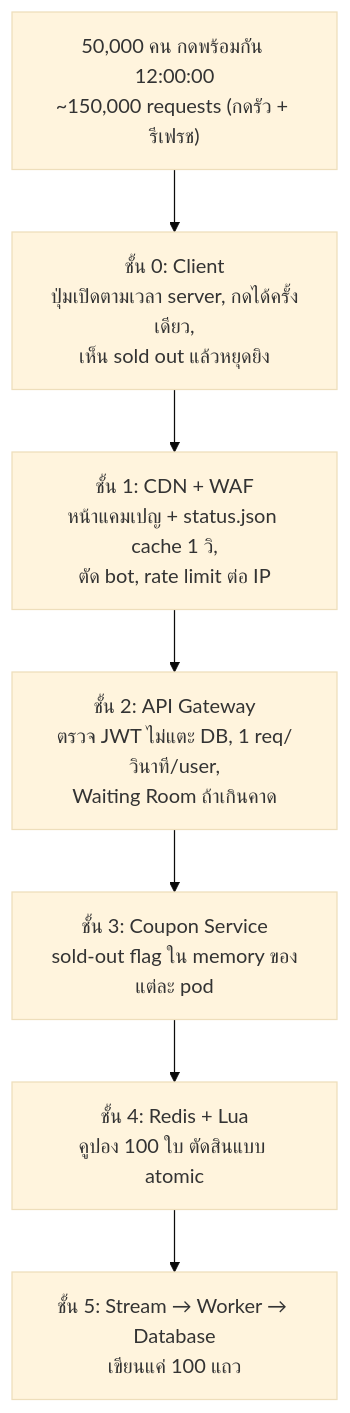
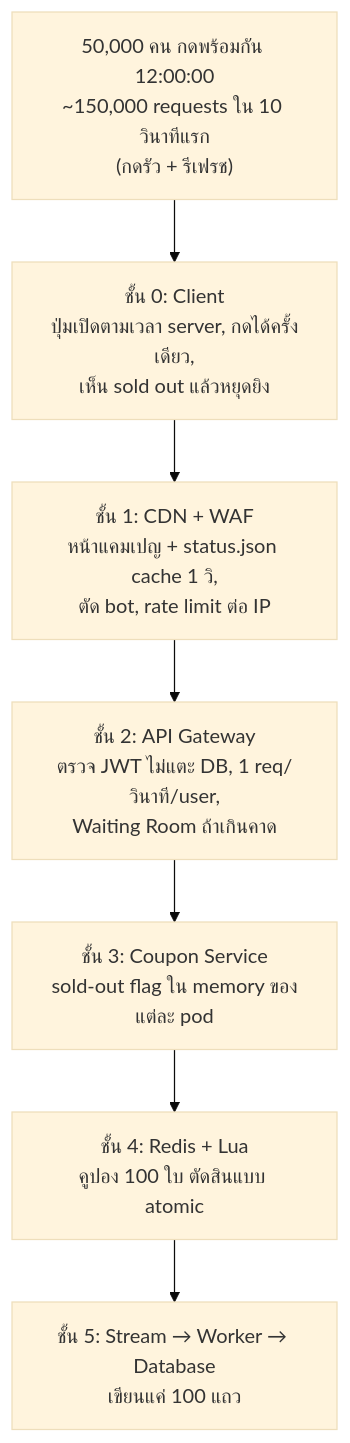
Before and after one commit to SittikronPoti/persec2026-system-analyst-interview-sittikron-poti: the first of 3 diagrams in 03-coupon-100-no-overbooking/answer.md, drawn with Mermaid (base theme). The commit also changed 4 other files, not shown here.

````diff
--- a/03-coupon-100-no-overbooking/answer.md
+++ b/03-coupon-100-no-overbooking/answer.md
@@ -28,10 +28,10 @@
 ```mermaid
 flowchart TB
-    A["50,000 คน กดพร้อมกัน 12:00:00<br/>~150,000 requests (กดรัว + รีเฟรช)"] --> L0
+    A["50,000 คน กดพร้อมกัน 12:00:00<br/>~150,000 requests ใน 10 วินาทีแรก<br/>(กดรัว + รีเฟรช)"] --> L0
     L0["ชั้น 0: Client<br/>ปุ่มเปิดตามเวลา server, กดได้ครั้งเดียว,<br/>เห็น sold out แล้วหยุดยิง"] --> L1
     L1["ชั้น 1: CDN + WAF<br/>หน้าแคมเปญ + status.json cache 1 วิ,<br/>ตัด bot, rate limit ต่อ IP"] --> L2
     L2["ชั้น 2: API Gateway<br/>ตรวจ JWT ไม่แตะ DB, 1 req/วินาที/user,<br/>Waiting Room ถ้าเกินคาด"] --> L3
     L3["ชั้น 3: Coupon Service<br/>sold-out flag ใน memory ของแต่ละ pod"] --> L4
     L4["ชั้น 4: Redis + Lua<br/>คูปอง 100 ใบ ตัดสินแบบ atomic"] --> L5
     L5["ชั้น 5: Stream → Worker → Database<br/>เขียนแค่ 100 แถว"]
 ```
````
